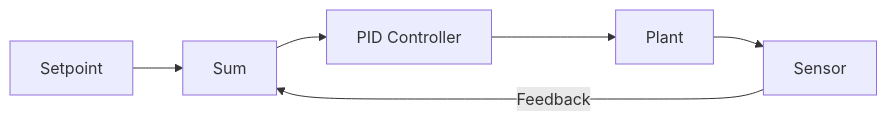
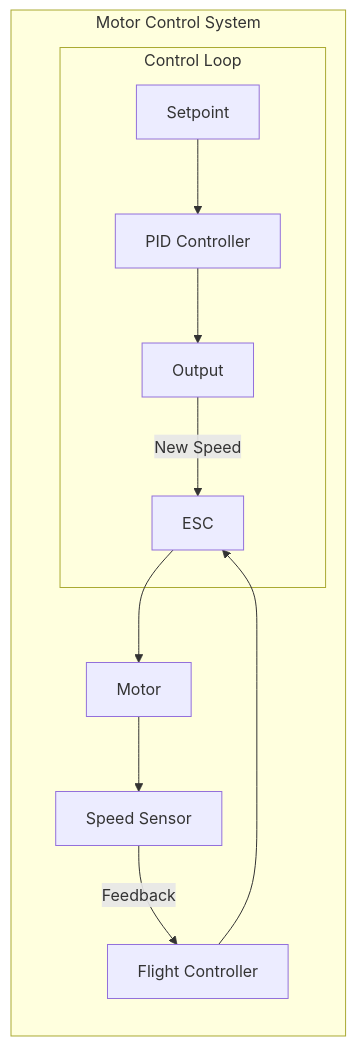
Before and after one commit to khairul-me/QuadcopterFromScratch: the fourth of 4 diagrams in README.md, drawn with Mermaid. The commit also changed other lines of this file, not shown here.

````diff
--- a/README.md
+++ b/README.md
@@ -190,8 +149,16 @@
 ```mermaid
 graph LR
-    SP[Setpoint] --> S[Sum]
-    S --> PID[PID Controller]
-    PID --> P[Plant]
-    P --> Sensor[Sensor]
-    Sensor --> |Feedback| S
+    subgraph "Motor Control System"
+        FC[Flight Controller] --> ESC[ESC]
+        ESC --> M[Motor]
+        M --> S[Speed Sensor]
+        S --> |Feedback| FC
+        
+        subgraph "Control Loop"
+            PID[PID Controller]
+            SP[Setpoint] --> PID
+            PID --> OUT[Output]
+            OUT --> |New Speed| ESC
+        end
+    end
 ```
````
